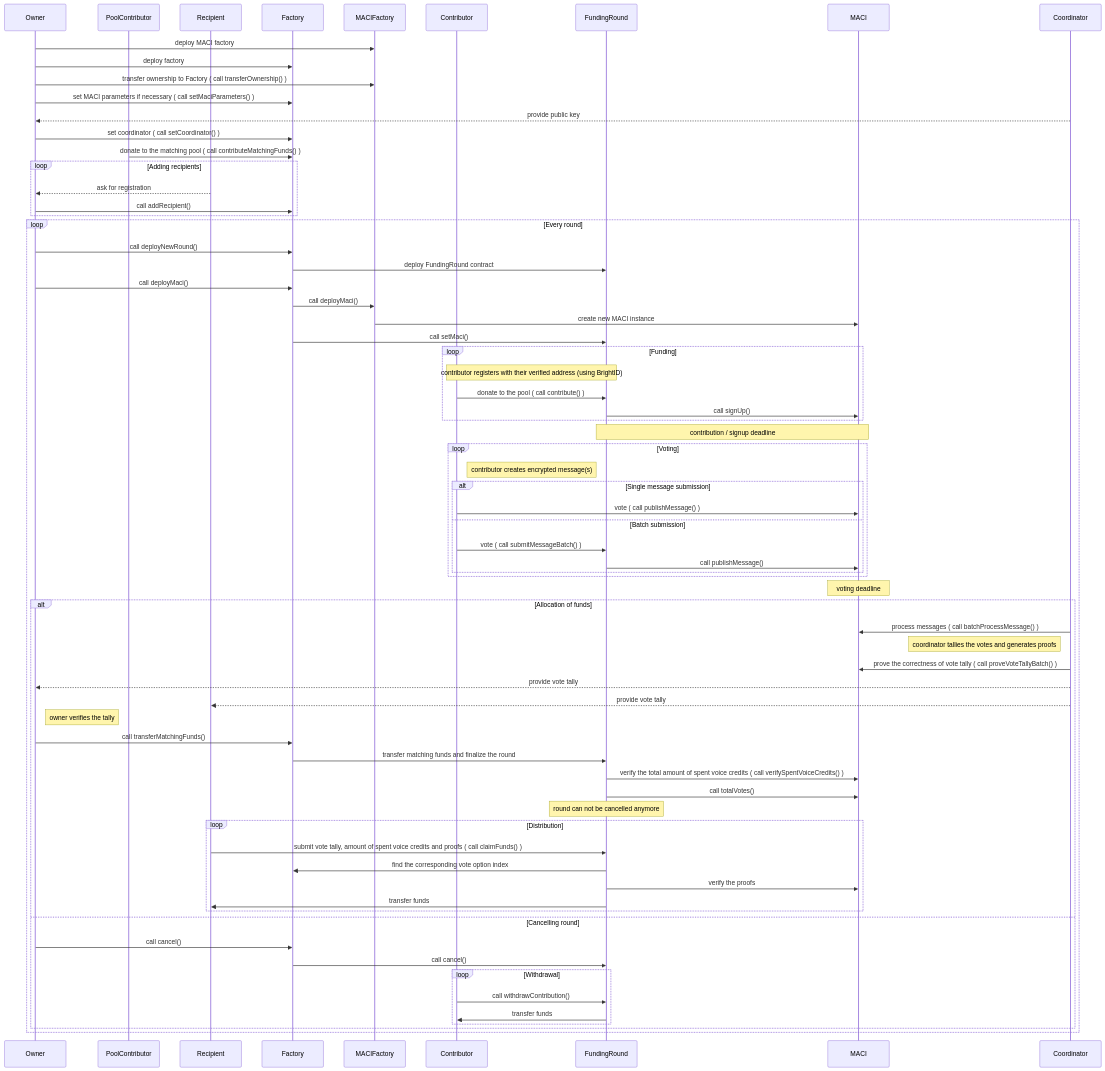
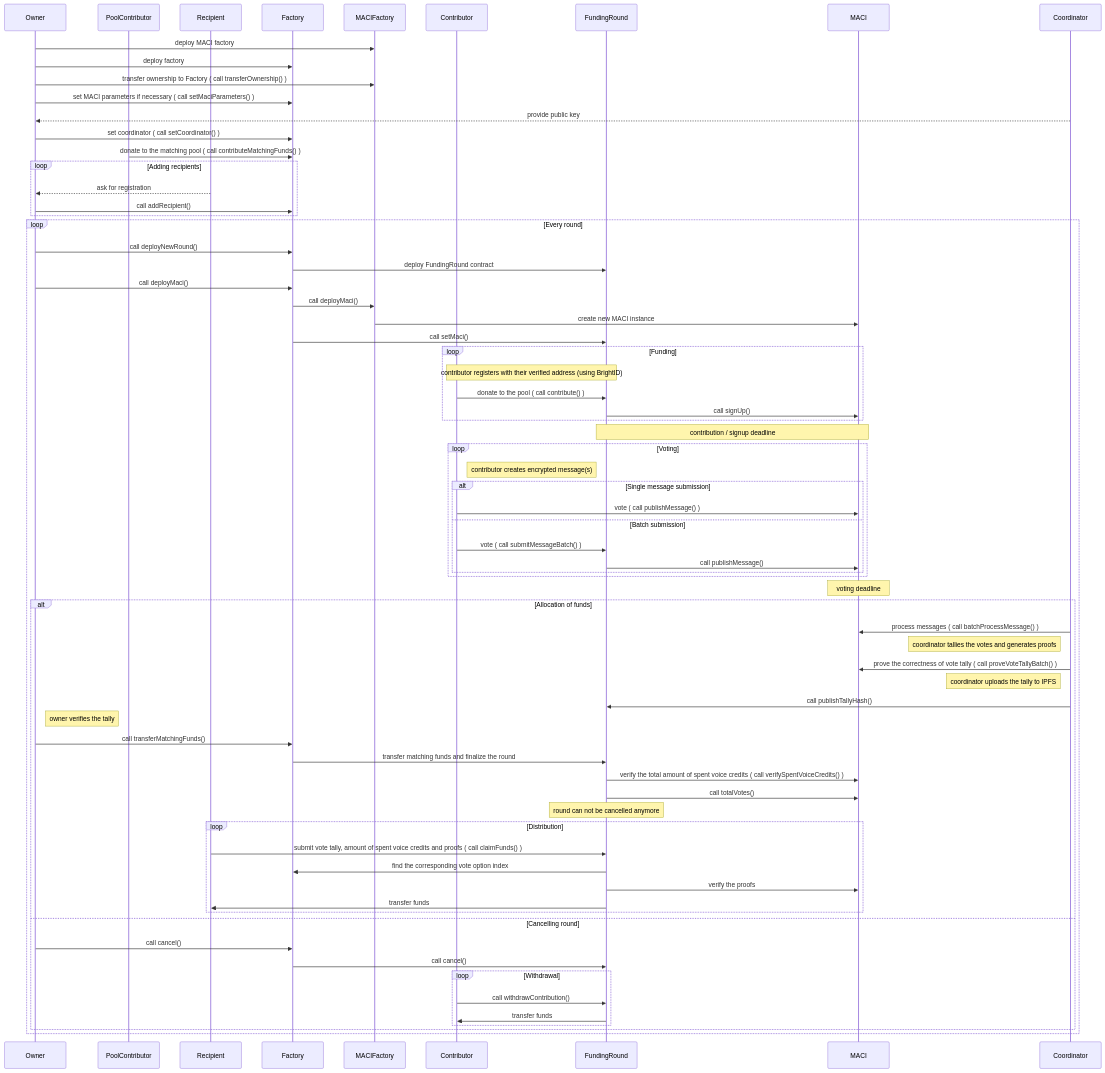
One commit to goldentechie/clrfund changed the diagram in docs/clrfund.mmd. Above: the diagram before and after it, drawn with Mermaid. The commit also changed 11 other files, not shown here.

Commit message:
Contracts: Require tally hash to be published before round finalization

```diff
--- a/docs/clrfund.mmd
+++ b/docs/clrfund.mmd
@@ -1,83 +1,83 @@
 %% To render this diagram, paste the code into the live editor https://mermaid-js.github.io/mermaid-live-editor/ or use Mermaid CLI
 
 sequenceDiagram
     participant Owner
     participant PoolContributor
     participant Recipient
     participant Factory
     participant MACIFactory
     participant Contributor
     participant FundingRound
     participant MACI
     participant Coordinator
     
     Owner ->> MACIFactory: deploy MACI factory
     Owner ->> Factory: deploy factory
     Owner ->> MACIFactory: transfer ownership to Factory ( call transferOwnership() )
     Owner ->> Factory: set MACI parameters if necessary ( call setMaciParameters() )
     Coordinator -->> Owner: provide public key
     Owner ->> Factory: set coordinator ( call setCoordinator() )
     PoolContributor ->> Factory: donate to the matching pool ( call contributeMatchingFunds() )
 
     loop Adding recipients
         Recipient -->> Owner: ask for registration
         Owner ->> Factory: call addRecipient()
     end
     
     loop Every round
         Owner ->> Factory: call deployNewRound()
         Factory ->> FundingRound: deploy FundingRound contract
         Owner ->> Factory: call deployMaci()
         Factory ->> MACIFactory: call deployMaci()
         MACIFactory ->> MACI: create new MACI instance
         Factory ->> FundingRound: call setMaci()
         
         loop Funding
             Note over Contributor, FundingRound: contributor registers with their verified address (using BrightID)
             Contributor ->> FundingRound: donate to the pool ( call contribute() )
             FundingRound ->> MACI: call signUp()
         end
         
         Note over FundingRound, MACI: contribution / signup deadline
         
         loop Voting
             Note right of Contributor: contributor creates encrypted message(s)
             alt Single message submission
                 Contributor ->> MACI: vote ( call publishMessage() )
             else Batch submission
                 Contributor ->> FundingRound: vote ( call submitMessageBatch() )
                 FundingRound ->> MACI: call publishMessage()
             end
         end
         
         Note over MACI: voting deadline
 
         alt Allocation of funds
             Coordinator ->> MACI: process messages ( call batchProcessMessage() )
             Note left of Coordinator: coordinator tallies the votes and generates proofs
             Coordinator ->> MACI: prove the correctness of vote tally ( call proveVoteTallyBatch() )
-            Coordinator -->> Owner: provide vote tally
-            Coordinator -->> Recipient: provide vote tally
+            Note left of Coordinator: coordinator uploads the tally to IPFS
+            Coordinator ->> FundingRound: call publishTallyHash()
             Note right of Owner: owner verifies the tally
             Owner ->> Factory: call transferMatchingFunds()
             Factory ->> FundingRound: transfer matching funds and finalize the round
             FundingRound ->> MACI: verify the total amount of spent voice credits ( call verifySpentVoiceCredits() )
             FundingRound ->> MACI: call totalVotes()
             Note over FundingRound: round can not be cancelled anymore
 
             loop Distribution
                 Recipient ->> FundingRound: submit vote tally, amount of spent voice credits and proofs ( call claimFunds() )
                 FundingRound ->> Factory: find the corresponding vote option index
                 FundingRound ->> MACI: verify the proofs
                 FundingRound ->> Recipient: transfer funds
             end
         else Cancelling round
             Owner ->> Factory: call cancel()
             Factory ->> FundingRound: call cancel()
 
             loop Withdrawal
                 Contributor ->> FundingRound: call withdrawContribution()
                 FundingRound ->> Contributor: transfer funds
             end
         end
     end
```
